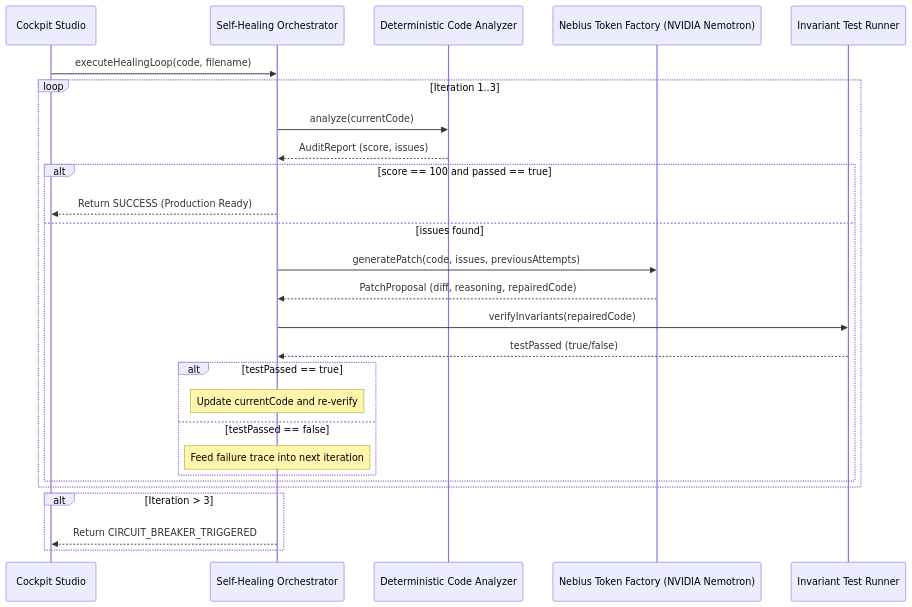
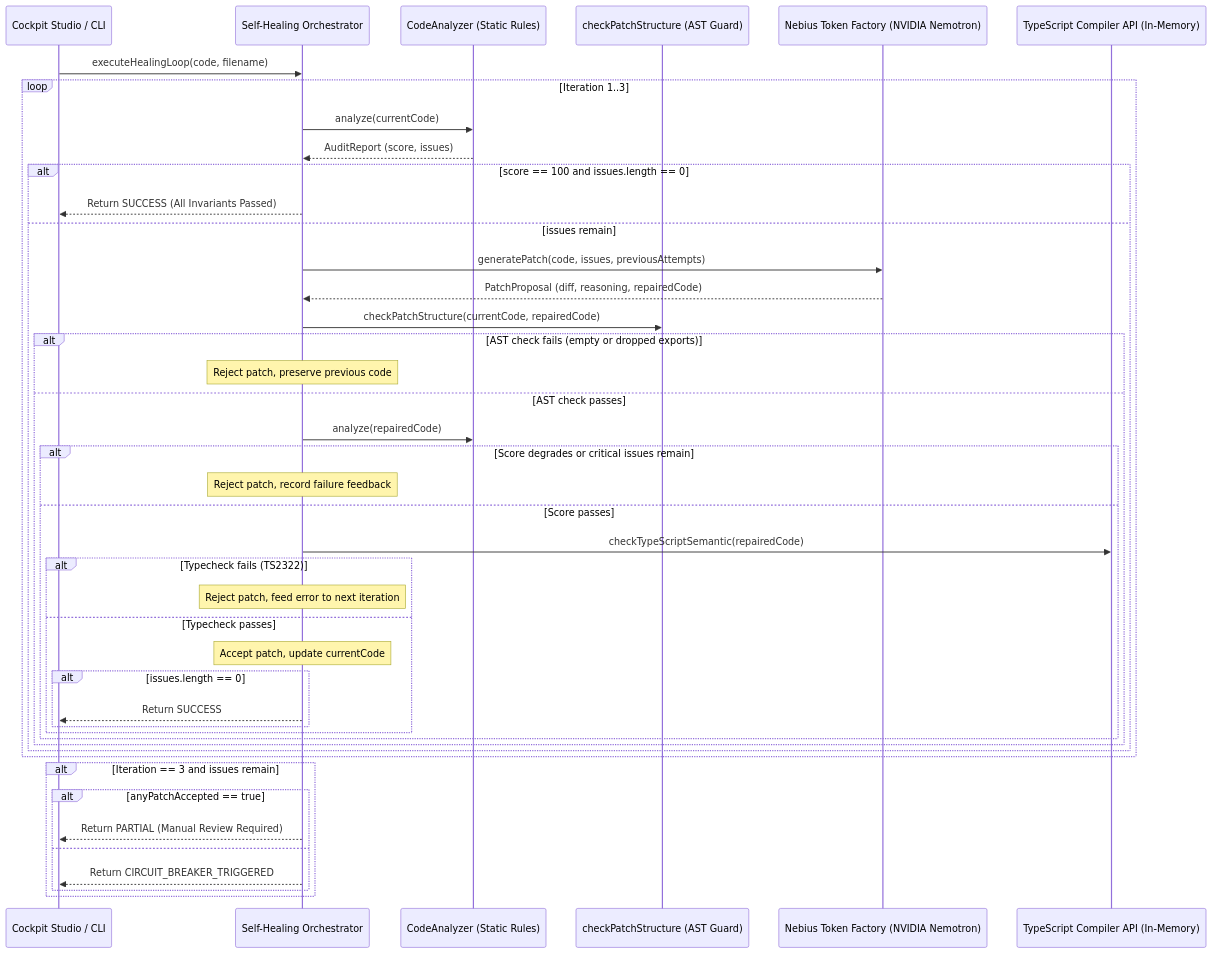
The diagram in ARCHITECTURE.md (Robe092/nebius-codesentinel), drawn with Mermaid before and after one commit. The commit also changed other lines of this file and 170 other files, not shown here.

````diff
--- a/ARCHITECTURE.md
+++ b/ARCHITECTURE.md
@@ -33,30 +57,47 @@
 ```mermaid
 sequenceDiagram
-    participant UI as Cockpit Studio
+    participant UI as Cockpit Studio / CLI
     participant Orch as Self-Healing Orchestrator
-    participant AST as Deterministic Code Analyzer
+    participant Analyzer as CodeAnalyzer (Static Rules)
+    participant AST as checkPatchStructure (AST Guard)
     participant Nebius as Nebius Token Factory (NVIDIA Nemotron)
-    participant Tests as Invariant Test Runner
+    participant TS as TypeScript Compiler API (In-Memory)
 
     UI->>Orch: executeHealingLoop(code, filename)
     loop Iteration 1..3
-        Orch->>AST: analyze(currentCode)
-        AST-->>Orch: AuditReport (score, issues)
-        alt score == 100 and passed == true
-            Orch-->>UI: Return SUCCESS (Production Ready)
-        else issues found
+        Orch->>Analyzer: analyze(currentCode)
+        Analyzer-->>Orch: AuditReport (score, issues)
+        alt score == 100 and issues.length == 0
+            Orch-->>UI: Return SUCCESS (All Invariants Passed)
+        else issues remain
             Orch->>Nebius: generatePatch(code, issues, previousAttempts)
             Nebius-->>Orch: PatchProposal (diff, reasoning, repairedCode)
-            Orch->>Tests: verifyInvariants(repairedCode)
-            Tests-->>Orch: testPassed (true/false)
-            alt testPassed == true
-                Note over Orch: Update currentCode and re-verify
-            else testPassed == false
-                Note over Orch: Feed failure trace into next iteration
+            Orch->>AST: checkPatchStructure(currentCode, repairedCode)
+            alt AST check fails (empty or dropped exports)
+                Note over Orch: Reject patch, preserve previous code
+            else AST check passes
+                Orch->>Analyzer: analyze(repairedCode)
+                alt Score degrades or critical issues remain
+                    Note over Orch: Reject patch, record failure feedback
+                else Score passes
+                    Orch->>TS: checkTypeScriptSemantic(repairedCode)
+                    alt Typecheck fails (TS2322)
+                        Note over Orch: Reject patch, feed error to next iteration
+                    else Typecheck passes
+                        Note over Orch: Accept patch, update currentCode
+                        alt issues.length == 0
+                            Orch-->>UI: Return SUCCESS
+                        end
+                    end
+                end
             end
         end
     end
-    alt Iteration > 3
-        Orch-->>UI: Return CIRCUIT_BREAKER_TRIGGERED
+    alt Iteration == 3 and issues remain
+        alt anyPatchAccepted == true
+            Orch-->>UI: Return PARTIAL (Manual Review Required)
+        else
+            Orch-->>UI: Return CIRCUIT_BREAKER_TRIGGERED
+        end
     end
 ```
````
